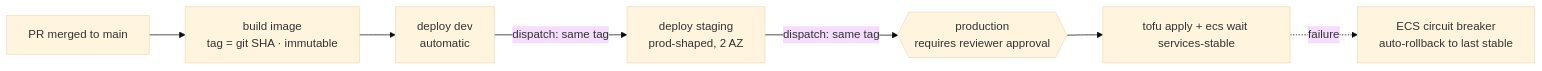
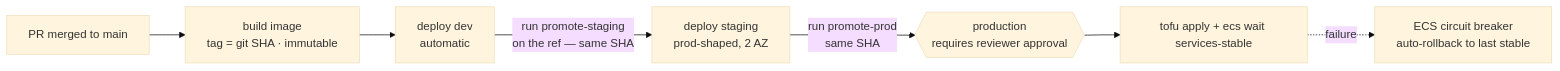
The diagram in docs/DEPLOYMENT.md (ArashM0z/auth-api), drawn with Mermaid (base theme) before and after one commit. The commit also changed other lines of this file and 4 other files, not shown here.

````diff
--- a/docs/DEPLOYMENT.md
+++ b/docs/DEPLOYMENT.md
@@ -12,9 +12,9 @@
 ```mermaid
 flowchart LR
   PR[PR merged to main] --> B[build image<br/>tag = git SHA · immutable]
   B --> DEV[deploy dev<br/>automatic]
-  DEV -->|dispatch: same tag| STG[deploy staging<br/>prod-shaped, 2 AZ]
-  STG -->|dispatch: same tag| PROD{{production<br/>requires reviewer approval}}
+  DEV -->|run promote-staging<br/>on the ref — same SHA| STG[deploy staging<br/>prod-shaped, 2 AZ]
+  STG -->|run promote-prod<br/>same SHA| PROD{{production<br/>requires reviewer approval}}
   PROD --> APPLY[tofu apply + ecs wait services-stable]
   APPLY -.failure.-> CB[ECS circuit breaker<br/>auto-rollback to last stable]
 ```
````
